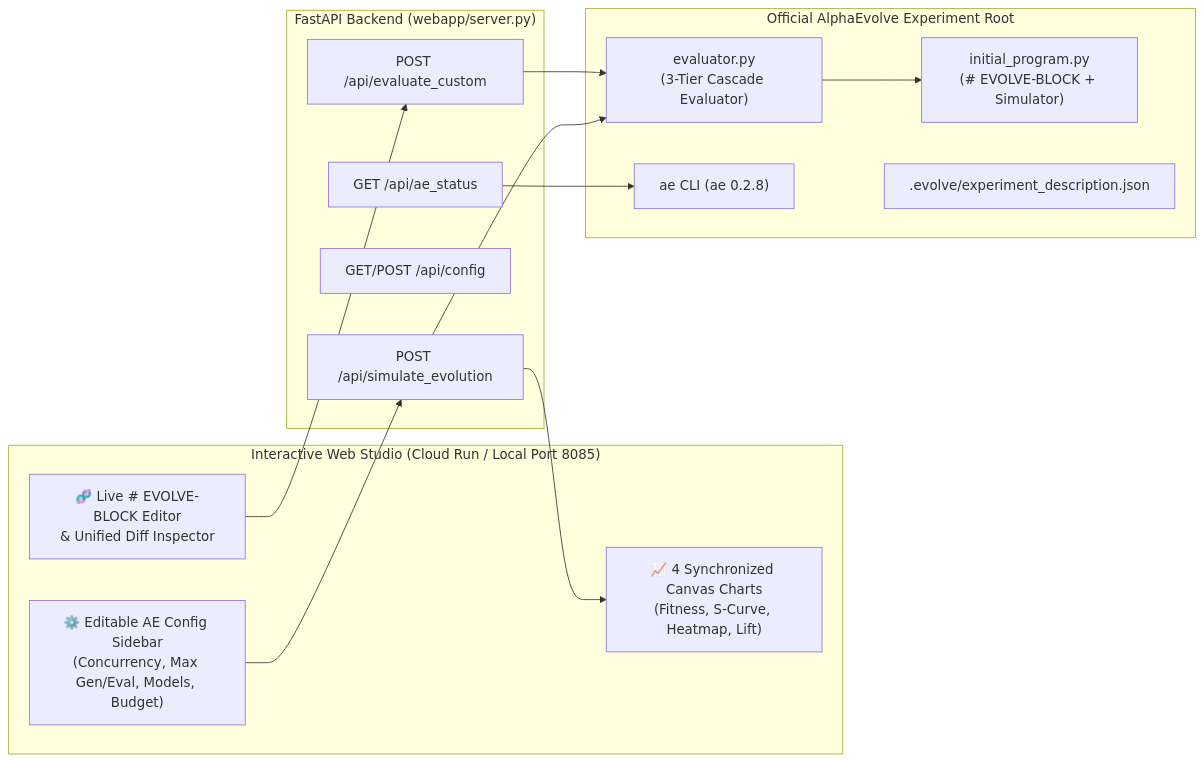
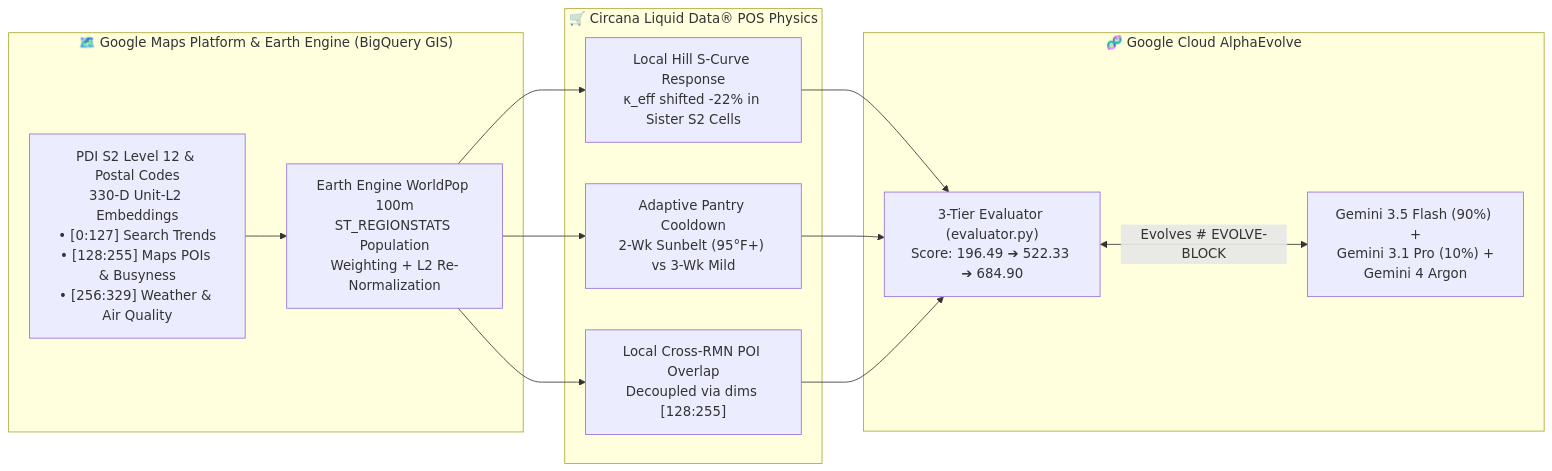
The diagram in README.md (elhadik/Ads_Alpha_Evolve), drawn with Mermaid before and after one commit. The commit also changed other lines of this file and 47 other files, not shown here.

Commit message:
Add Google Maps PDI (330-D S2 Level 12 + WorldPop 100m) x Circana x AlphaEvolve Geo-RMN Optimizer, 3D visuals, executive deck, and modular directory structure

````diff
--- a/README.md
+++ b/README.md
@@ -600,30 +66,27 @@
 ```mermaid
 flowchart LR
-    subgraph Browser["Interactive Web Studio (Cloud Run / Local Port 8085)"]
-        CFG["⚙️ Editable AE Config Sidebar\n(Concurrency, Max Gen/Eval, Models, Budget)"]
-        CHARTS["📈 4 Synchronized Canvas Charts\n(Fitness, S-Curve, Heatmap, Lift)"]
-        EDITOR["🧬 Live # EVOLVE-BLOCK Editor\n& Unified Diff Inspector"]
+    subgraph GMP["🗺️ Google Maps Platform & Earth Engine (BigQuery GIS)"]
+        S2["PDI S2 Level 12 & Postal Codes\n330-D Unit-L2 Embeddings\n• [0:127] Search Trends\n• [128:255] Maps POIs & Busyness\n• [256:329] Weather & Air Quality"]
+        WP["Earth Engine WorldPop 100m\nST_REGIONSTATS Population\nWeighting + L2 Re-Normalization"]
     end
 
-    subgraph FastAPI["FastAPI Backend (webapp/server.py)"]
-        SIM["POST /api/simulate_evolution"]
-        CUSTOM["POST /api/evaluate_custom"]
-        CONF["GET/POST /api/config"]
-        AESTAT["GET /api/ae_status"]
+    subgraph CIRC["🛒 Circana Liquid Data® POS Physics"]
+        HILL["Local Hill S-Curve Response\nκ_eff shifted -22% in Sister S2 Cells"]
+        PANTRY["Adaptive Pantry Cooldown\n2-Wk Sunbelt (95°F+) vs 3-Wk Mild"]
+        OV["Local Cross-RMN POI Overlap\nDecoupled via dims [128:255]"]
     end
 
-    subgraph CoreAE["Official AlphaEvolve Experiment Root"]
-        INIT["initial_program.py\n(# EVOLVE-BLOCK + Simulator)"]
-        EVAL["evaluator.py\n(3-Tier Cascade Evaluator)"]
-        DESC[".evolve/experiment_description.json"]
-        CLI["ae CLI (ae 0.2.8)"]
+    subgraph AE["🧬 Google Cloud AlphaEvolve"]
+        GEN["Gemini 3.5 Flash (90%) +\nGemini 3.1 Pro (10%) +\nGemini 4 Argon"]
+        EVAL["3-Tier Evaluator (evaluator.py)\nScore: 196.49 ➔ 522.33 ➔ 684.90"]
     end
 
-    CFG --> SIM
-    EDITOR --> CUSTOM
-    SIM --> EVAL
-    CUSTOM --> EVAL
-    EVAL --> INIT
-    AESTAT --> CLI
-    SIM --> CHARTS
+    S2 --> WP
+    WP --> HILL
+    WP --> PANTRY
+    WP --> OV
+    HILL --> EVAL
+    PANTRY --> EVAL
+    OV --> EVAL
+    EVAL <-->|"Evolves # EVOLVE-BLOCK"| GEN
 ```
````
